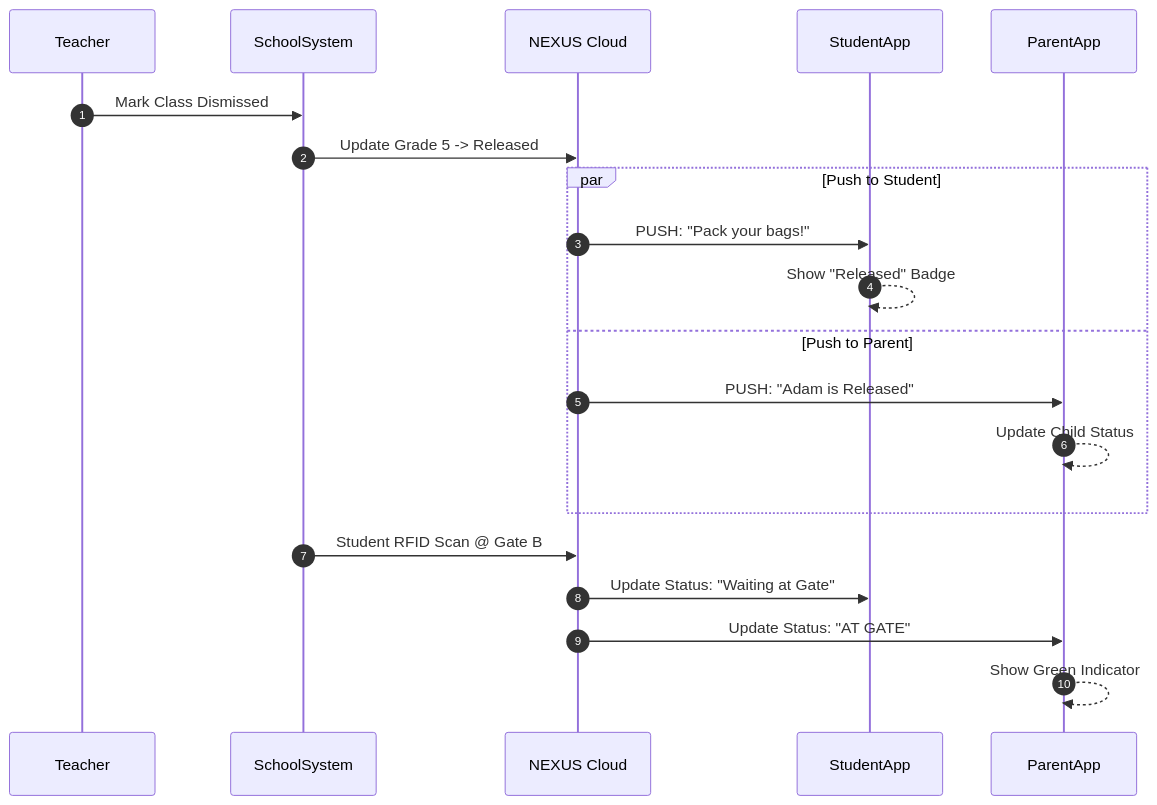
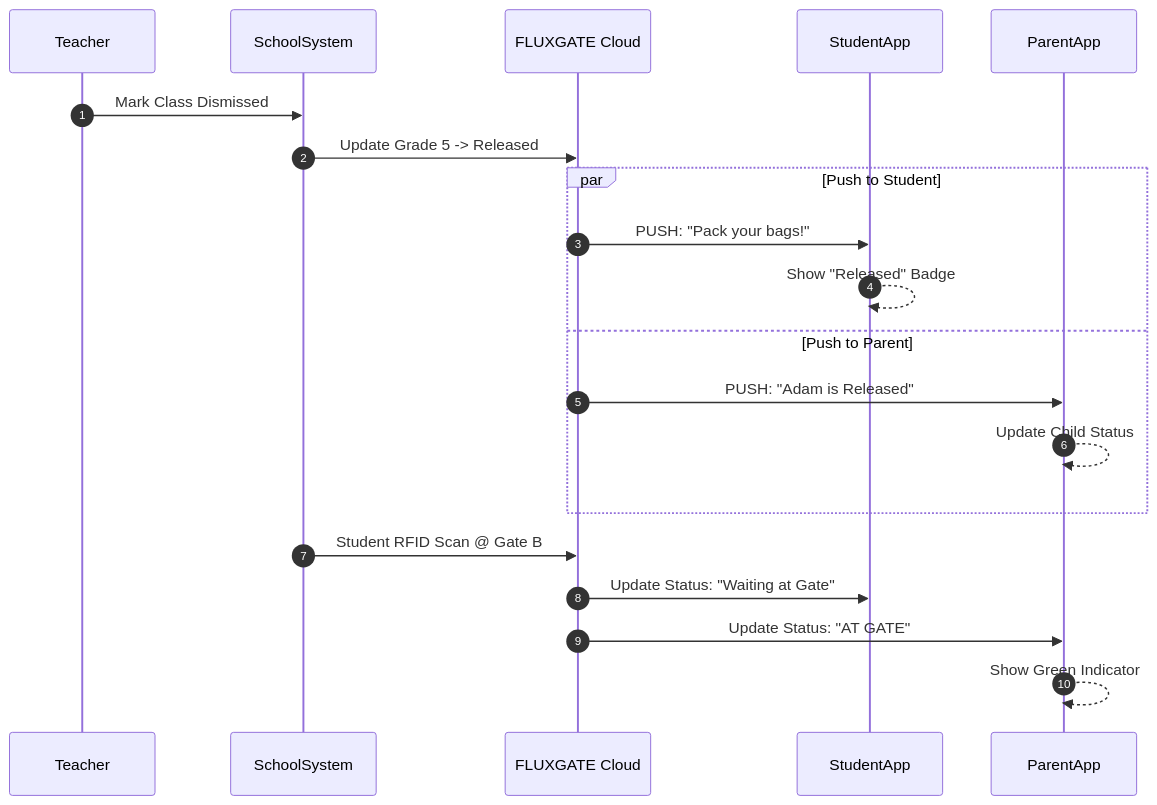
Before and after one commit to HyperionBurn/nexus-command-center: the fourth of 5 diagrams in NEXUS_SYSTEM_ARCHITECTURE.md, drawn with Mermaid. The commit also changed other lines of this file and 56 other files, not shown here.

Commit message:
Rebrand: NEXUS -> FLUXGATE across entire codebase

````diff
--- a/NEXUS_SYSTEM_ARCHITECTURE.md
+++ b/NEXUS_SYSTEM_ARCHITECTURE.md
@@ -205,28 +205,28 @@
 ```mermaid
 sequenceDiagram
     autonumber
     participant Teacher
     participant SchoolSystem
-    participant Cloud as NEXUS Cloud
+    participant Cloud as FLUXGATE Cloud
     participant StudentApp
     participant ParentApp
 
     %% In Class
     Teacher->>SchoolSystem: Mark Class Dismissed
     SchoolSystem->>Cloud: Update Grade 5 -> Released
     
     par Push to Student
         Cloud->>StudentApp: PUSH: "Pack your bags!"
         StudentApp-->>StudentApp: Show "Released" Badge
     and Push to Parent
         Cloud->>ParentApp: PUSH: "Adam is Released"
         ParentApp-->>ParentApp: Update Child Status
     end
 
     %% At Gate
     SchoolSystem->>Cloud: Student RFID Scan @ Gate B
     Cloud->>StudentApp: Update Status: "Waiting at Gate"
     Cloud->>ParentApp: Update Status: "AT GATE"
     
     ParentApp-->>ParentApp: Show Green Indicator
 ```
````
